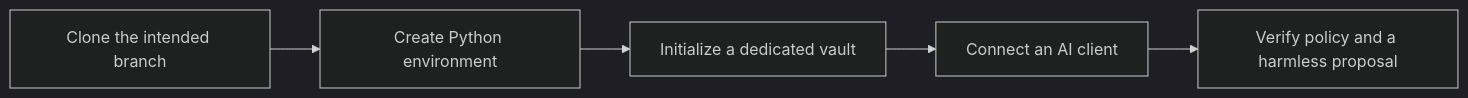
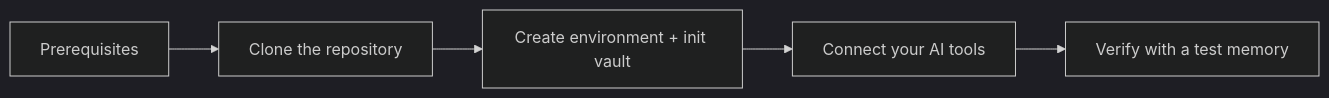
The diagram in docs/INSTALLATION.md (vib28/ai-memory-hub), drawn with Mermaid (dark theme) before and after one commit. The commit also changed other lines of this file and 11 other files, not shown here.

````diff
--- a/docs/INSTALLATION.md
+++ b/docs/INSTALLATION.md
@@ -7,7 +7,7 @@
 ```mermaid
 flowchart LR
-    Source[Clone the intended branch] --> Env[Create Python environment]
-    Env --> Vault[Initialize a dedicated vault]
-    Vault --> Client[Connect an AI client]
-    Client --> Check[Verify policy and a harmless proposal]
+    Pre[Prerequisites] --> Clone[Clone the repository]
+    Clone --> Setup[Create environment + init vault]
+    Setup --> Connect[Connect your AI tools]
+    Connect --> Verify[Verify with a test memory]
 ```
````
